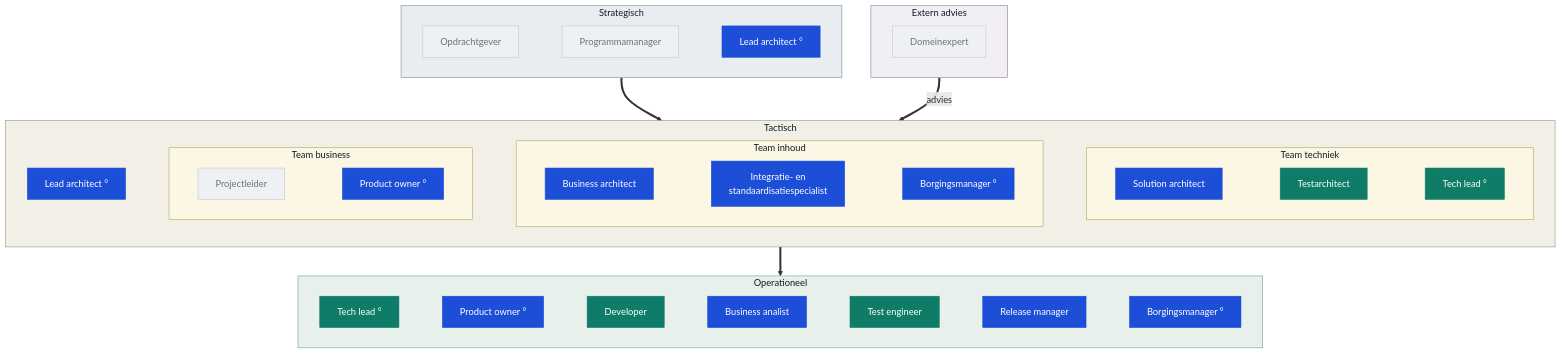
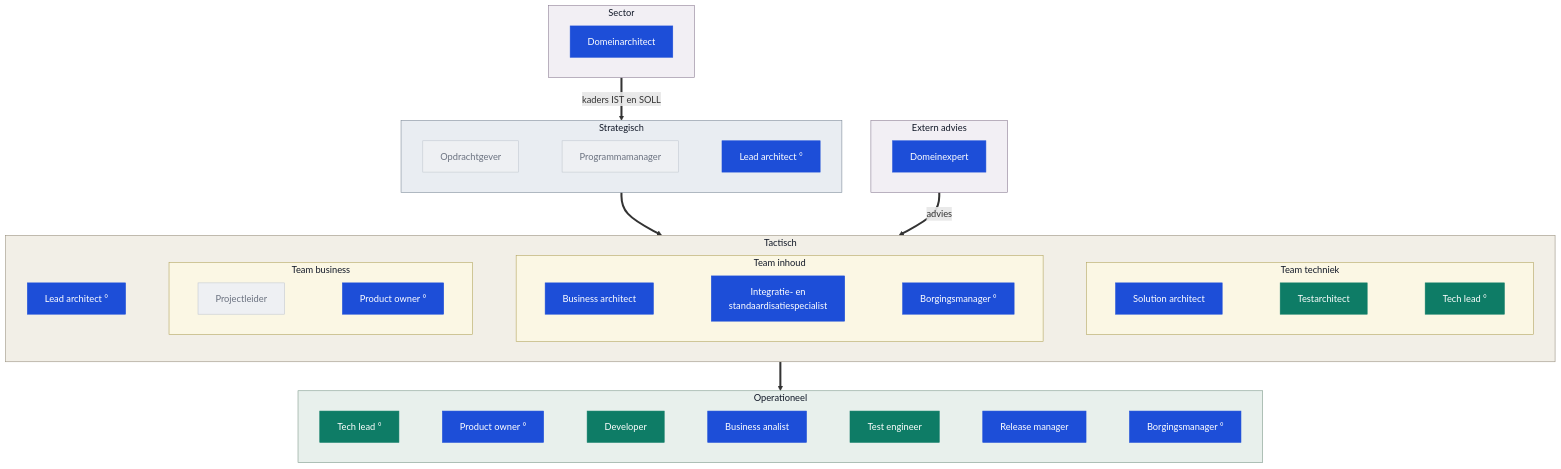
One commit to Npuls-OKx/meta changed the second of 4 diagrams in presentaties/src/260903_rollen.md. Above: the diagram before and after it, drawn with Mermaid. The commit also changed other lines of this file, not shown here.

````diff
--- a/presentaties/src/260903_rollen.md
+++ b/presentaties/src/260903_rollen.md
@@ -204,62 +210,69 @@
 ```mermaid
 flowchart TB
   subgraph EX["Extern advies"]
     direction LR
     DE["Domeinexpert"]
+  end
+  subgraph SEC["Sector"]
+    direction LR
+    DA["Domeinarchitect"]
   end
   subgraph S["Strategisch"]
     direction LR
     OG["Opdrachtgever"] ~~~ PM["Programmamanager"] ~~~ LA1["Lead architect °"]
   end
   subgraph T["Tactisch"]
     direction LR
     LA2["Lead architect °"]
     subgraph TB2["Team business"]
       direction LR
       PL["Projectleider"] ~~~ PO1["Product owner °"]
     end
     subgraph TI["Team inhoud"]
       direction LR
       BAR["Business architect"] ~~~ IS["Integratie- en<br/>standaardisatiespecialist"] ~~~ BM1["Borgingsmanager °"]
     end
     subgraph TT["Team techniek"]
       direction LR
       SA["Solution architect"] ~~~ TA["Testarchitect"] ~~~ TL1["Tech lead °"]
     end
     LA2 ~~~ TB2 ~~~ TI ~~~ TT
   end
   subgraph O["Operationeel"]
     direction LR
     TL2["Tech lead °"] ~~~ PO2["Product owner °"] ~~~ DEV["Developer"] ~~~ BA["Business analist"] ~~~ TE["Test engineer"] ~~~ RM["Release manager"] ~~~ BM2["Borgingsmanager °"]
   end
   S ==> T
   T ==> O
   EX ==>|advies| T
+  SEC ==>|kaders IST en SOLL| S
   style TB2 fill:#fbf7e4,stroke:#b3a55f,color:#111827
   style TI fill:#fbf7e4,stroke:#b3a55f,color:#111827
   style TT fill:#fbf7e4,stroke:#b3a55f,color:#111827
   style EX fill:#f2eff4,stroke:#8c7e94,color:#111827
+  style SEC fill:#f2eff4,stroke:#8c7e94,color:#111827
   style S fill:#e9edf2,stroke:#7d8a99,color:#111827
   style T fill:#f2efe7,stroke:#9a9280,color:#111827
   style O fill:#e8f0ec,stroke:#7f9a8c,color:#111827
   style LA1 fill:#1D4ED8,stroke:#1D4ED8,color:#ffffff
   style LA2 fill:#1D4ED8,stroke:#1D4ED8,color:#ffffff
   style BAR fill:#1D4ED8,stroke:#1D4ED8,color:#ffffff
   style IS fill:#1D4ED8,stroke:#1D4ED8,color:#ffffff
   style SA fill:#1D4ED8,stroke:#1D4ED8,color:#ffffff
   style PO1 fill:#1D4ED8,stroke:#1D4ED8,color:#ffffff
   style PO2 fill:#1D4ED8,stroke:#1D4ED8,color:#ffffff
   style BA fill:#1D4ED8,stroke:#1D4ED8,color:#ffffff
   style RM fill:#1D4ED8,stroke:#1D4ED8,color:#ffffff
   style BM1 fill:#1D4ED8,stroke:#1D4ED8,color:#ffffff
   style BM2 fill:#1D4ED8,stroke:#1D4ED8,color:#ffffff
+  style DA fill:#1D4ED8,stroke:#1D4ED8,color:#ffffff
+  style DE fill:#1D4ED8,stroke:#1D4ED8,color:#ffffff
   style TL1 fill:#0E7C66,stroke:#0E7C66,color:#ffffff
   style TL2 fill:#0E7C66,stroke:#0E7C66,color:#ffffff
   style DEV fill:#0E7C66,stroke:#0E7C66,color:#ffffff
   style TA fill:#0E7C66,stroke:#0E7C66,color:#ffffff
   style TE fill:#0E7C66,stroke:#0E7C66,color:#ffffff
   style OG fill:#eef0f3,stroke:#c2c8d0,color:#6b7280
   style PM fill:#eef0f3,stroke:#c2c8d0,color:#6b7280
   style PL fill:#eef0f3,stroke:#c2c8d0,color:#6b7280
-  style DE fill:#eef0f3,stroke:#c2c8d0,color:#6b7280
 ```
````
